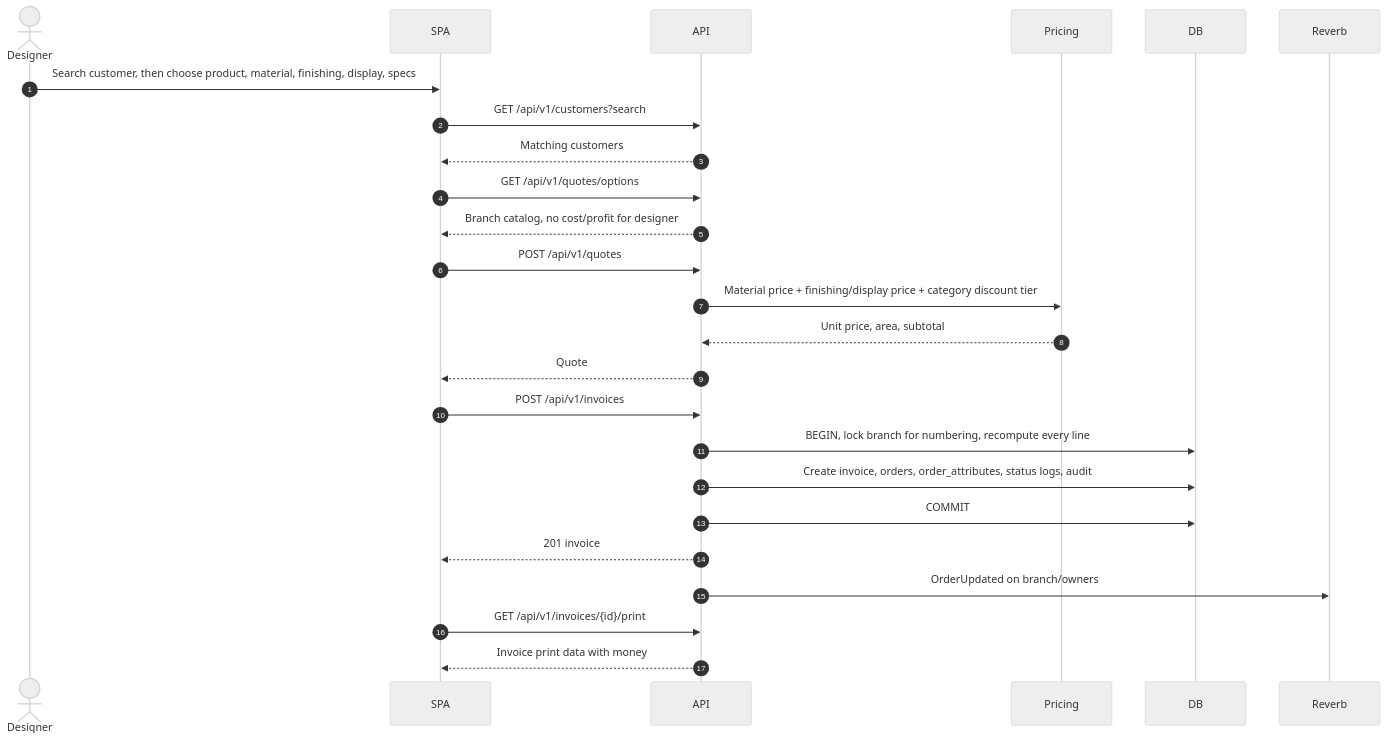
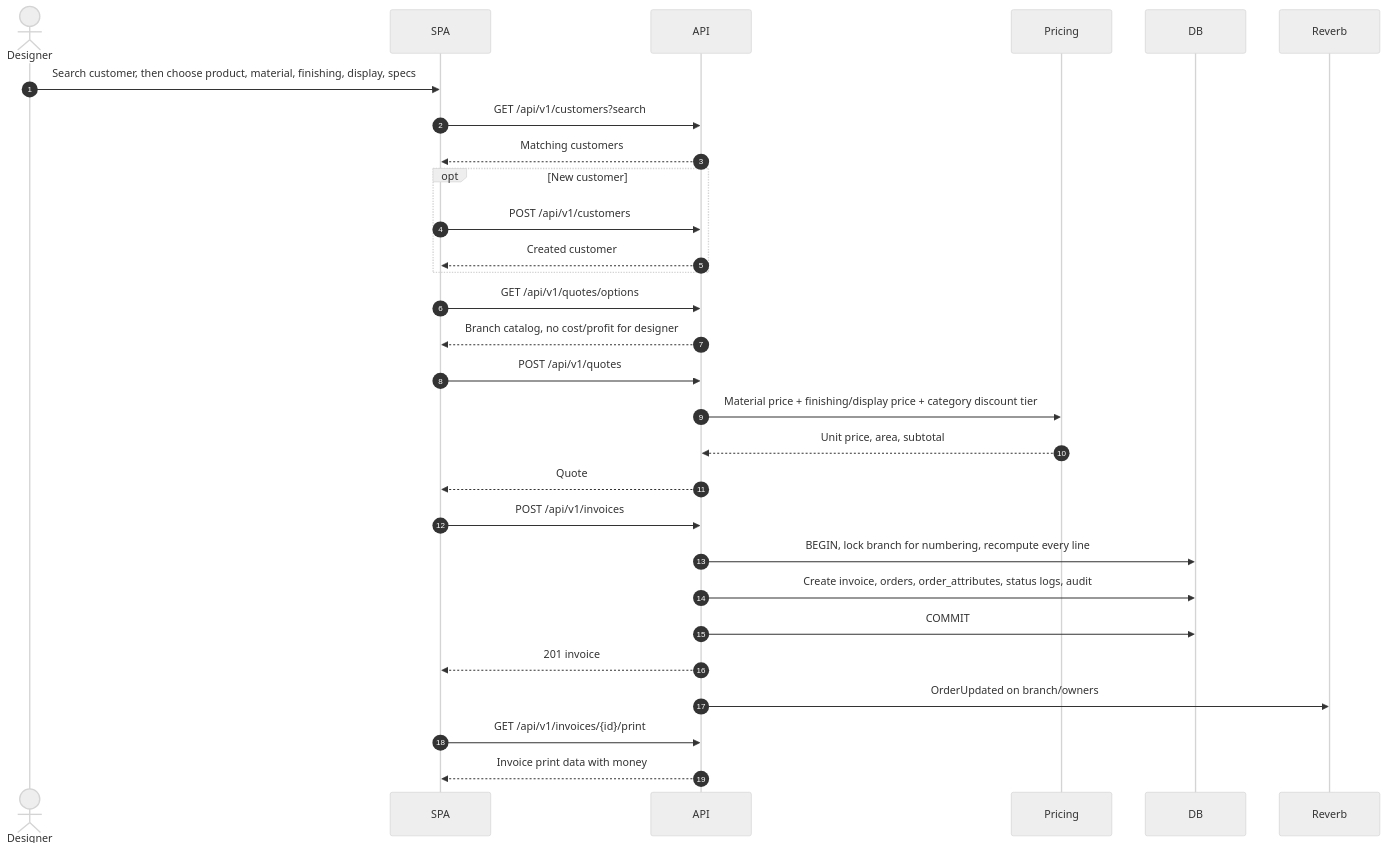
One commit to Arukast/pos_alja changed the fifth of 21 diagrams in docs/architecture/sequence-diagrams.md. Above: the diagram before and after it, drawn with Mermaid (neutral theme). The commit also changed 2 other files, not shown here.

Commit message:
docs: clarify invoice print and customer flow

````diff
--- a/docs/architecture/sequence-diagrams.md
+++ b/docs/architecture/sequence-diagrams.md
@@ -112,28 +112,32 @@
 ```mermaid
 sequenceDiagram
     autonumber
     actor D as Designer
     participant SPA
     participant API
     participant Pricing
     participant DB
     participant R as Reverb
 
     D->>SPA: Search customer, then choose product, material, finishing, display, specs
     SPA->>API: GET /api/v1/customers?search
     API-->>SPA: Matching customers
+    opt New customer
+        SPA->>API: POST /api/v1/customers
+        API-->>SPA: Created customer
+    end
     SPA->>API: GET /api/v1/quotes/options
     API-->>SPA: Branch catalog, no cost/profit for designer
     SPA->>API: POST /api/v1/quotes
     API->>Pricing: Material price + finishing/display price + category discount tier
     Pricing-->>API: Unit price, area, subtotal
     API-->>SPA: Quote
     SPA->>API: POST /api/v1/invoices
     API->>DB: BEGIN, lock branch for numbering, recompute every line
     API->>DB: Create invoice, orders, order_attributes, status logs, audit
     API->>DB: COMMIT
     API-->>SPA: 201 invoice
     API->>R: OrderUpdated on branch/owners
     SPA->>API: GET /api/v1/invoices/{id}/print
     API-->>SPA: Invoice print data with money
 ```
````
